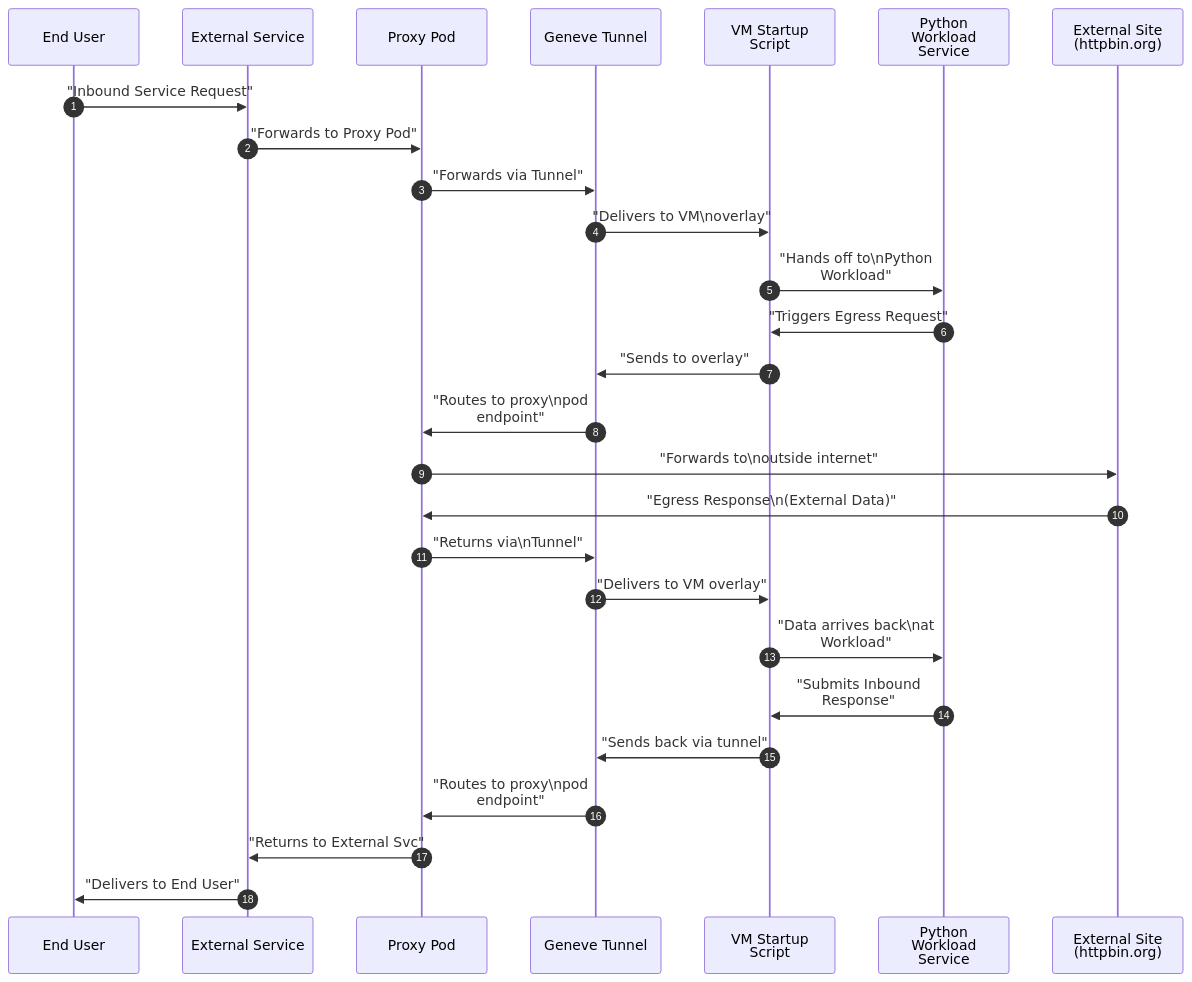
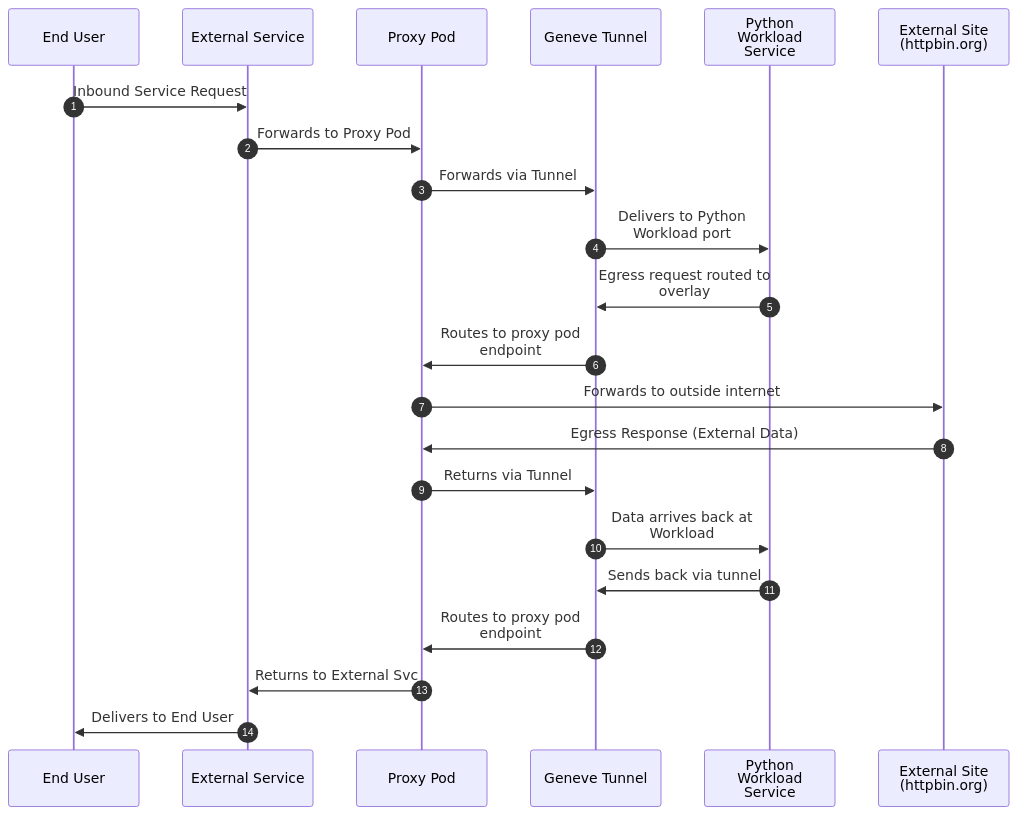
One commit to linde/gcp-k8s-isolated-vm changed the third of 3 diagrams in README.md. Above: the diagram before and after it, drawn with Mermaid. The commit also changed other lines of this file, not shown here.

Commit message:
docs: update architecture diagrams, simplify setup instructions, and refine endpoint discovery logic in README

````diff
--- a/README.md
+++ b/README.md
@@ -95,34 +91,29 @@
 ```mermaid
 %%{init: { 'sequence': {'wrap': true} } }%%
 sequenceDiagram
     autonumber
     participant EndUser as End User
     participant ExtSvc as External Service
     participant Pod as Proxy Pod
     participant Tunnel as Geneve Tunnel
-    participant Script as VM Startup Script
     participant VMSvc as Python Workload Service
     participant Internet as External Site (httpbin.org)
 
-    EndUser->>ExtSvc: "Inbound Service Request"
-    ExtSvc->>Pod: "Forwards to Proxy Pod"
-    Pod->>Tunnel: "Forwards via Tunnel"
-    Tunnel->>Script: "Delivers to VM\noverlay"
-    Script->>VMSvc: "Hands off to\nPython Workload"
+    EndUser->>ExtSvc: Inbound Service Request
+    ExtSvc->>Pod: Forwards to Proxy Pod
+    Pod->>Tunnel: Forwards via Tunnel
+    Tunnel->>VMSvc: Delivers to Python Workload port
     
-    VMSvc->>Script: "Triggers Egress Request"
-    Script->>Tunnel: "Sends to overlay"
-    Tunnel->>Pod: "Routes to proxy\npod endpoint"
-    Pod->>Internet: "Forwards to\noutside internet"
+    VMSvc->>Tunnel: Egress request routed to overlay
+    Tunnel->>Pod: Routes to proxy pod endpoint
+    Pod->>Internet: Forwards to outside internet
     
-    Internet->>Pod: "Egress Response\n(External Data)"
-    Pod->>Tunnel: "Returns via\nTunnel"
-    Tunnel->>Script: "Delivers to VM overlay"
-    Script->>VMSvc: "Data arrives back\nat Workload"
+    Internet->>Pod: Egress Response (External Data)
+    Pod->>Tunnel: Returns via Tunnel
+    Tunnel->>VMSvc: Data arrives back at Workload
     
-    VMSvc->>Script: "Submits Inbound Response"
-    Script->>Tunnel: "Sends back via tunnel"
-    Tunnel->>Pod: "Routes to proxy\npod endpoint"
-    Pod->>ExtSvc: "Returns to External Svc"
-    ExtSvc->>EndUser: "Delivers to End User"
+    VMSvc->>Tunnel: Sends back via tunnel
+    Tunnel->>Pod: Routes to proxy pod endpoint
+    Pod->>ExtSvc: Returns to External Svc
+    ExtSvc->>EndUser: Delivers to End User
 ```
````
